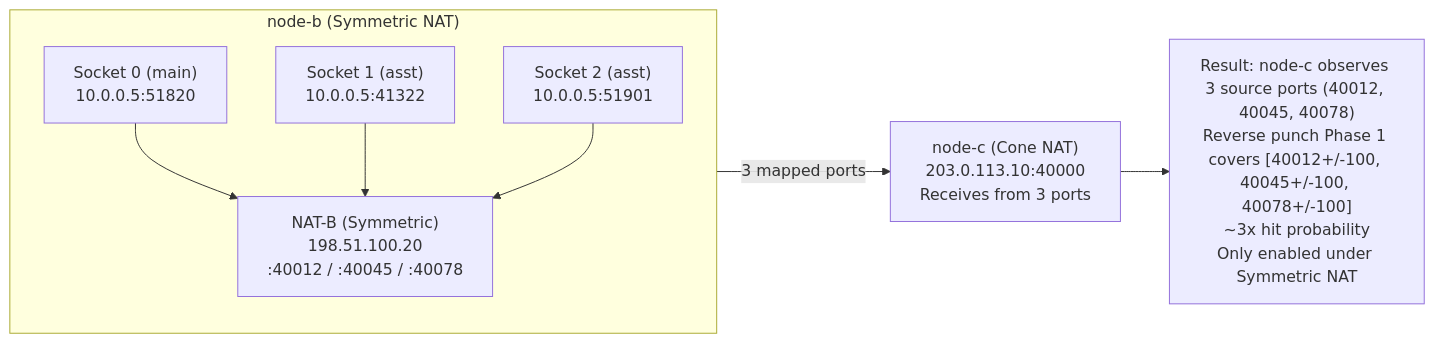
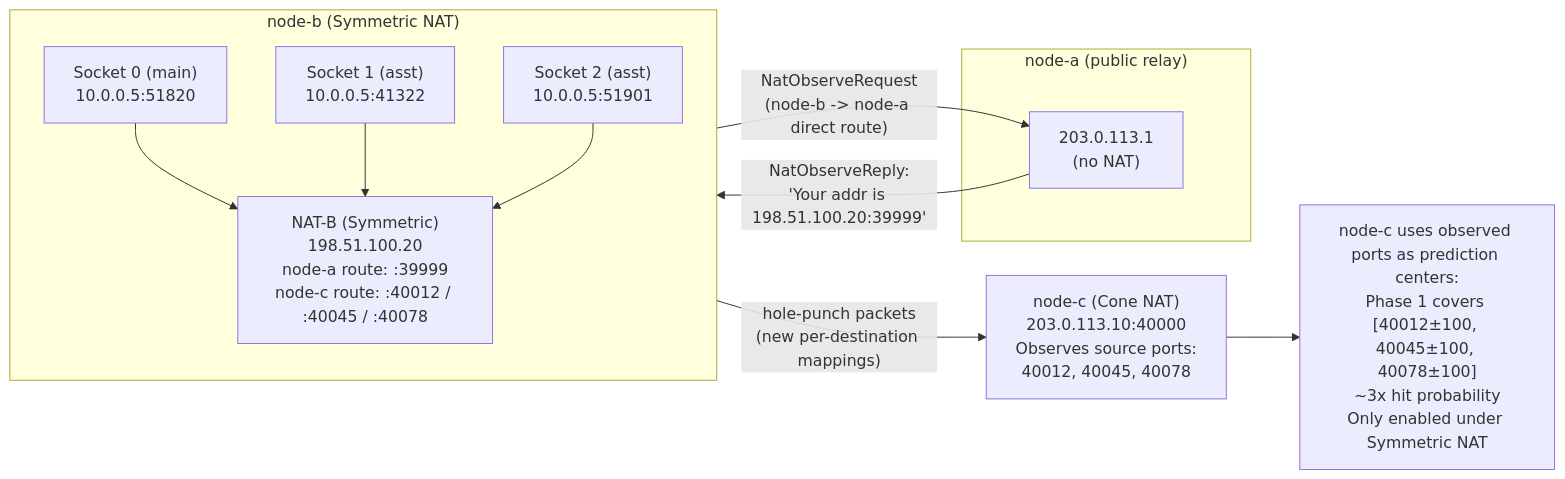
Before and after one commit to rustp2p/rustp2p: the sixth of 8 diagrams in docs/nat-punch-principles.md, drawn with Mermaid. The commit also changed other lines of this file, not shown here.

Commit message:
fix: correct NatObserve and assistant socket diagrams in nat-punch-principles.md

````diff
--- a/docs/nat-punch-principles.md
+++ b/docs/nat-punch-principles.md
@@ -506,16 +523,23 @@
 ```mermaid
 flowchart LR
+    subgraph A["node-a (public relay)"]
+        RA["203.0.113.1\n(no NAT)"]
+    end
+
     subgraph B["node-b (Symmetric NAT)"]
         direction TB
-        S0["Socket 0 (main)<br/>10.0.0.5:51820"]
-        S1["Socket 1 (asst)<br/>10.0.0.5:41322"]
-        S2["Socket 2 (asst)<br/>10.0.0.5:51901"]
-        NATB["NAT-B (Symmetric)<br/>198.51.100.20<br/>:40012 / :40045 / :40078"]
+        S0["Socket 0 (main)\n10.0.0.5:51820"]
+        S1["Socket 1 (asst)\n10.0.0.5:41322"]
+        S2["Socket 2 (asst)\n10.0.0.5:51901"]
+        NATB["NAT-B (Symmetric)\n198.51.100.20\nnode-a route: :39999\nnode-c route: :40012 / :40045 / :40078"]
         S0 --> NATB
         S1 --> NATB
         S2 --> NATB
     end
 
-    NATB -->|3 mapped ports| C["node-c (Cone NAT)<br/>203.0.113.10:40000<br/>Receives from 3 ports"]
-    C --> R["Result: node-c observes 3 source ports (40012, 40045, 40078)<br/>Reverse punch Phase 1 covers [40012+/-100, 40045+/-100, 40078+/-100]<br/>~3x hit probability<br/>Only enabled under Symmetric NAT"]
+    NATB -->|"NatObserveRequest\n(node-b -> node-a direct route)"| RA
+    RA -->|"NatObserveReply:\n'Your addr is 198.51.100.20:39999'"| NATB
+
+    NATB -->|"hole-punch packets\n(new per-destination mappings)"| C["node-c (Cone NAT)\n203.0.113.10:40000\nObserves source ports:\n40012, 40045, 40078"]
+    C --> R["node-c uses observed ports as prediction centers:\nPhase 1 covers [40012±100, 40045±100, 40078±100]\n~3x hit probability\nOnly enabled under Symmetric NAT"]
 ```
````
